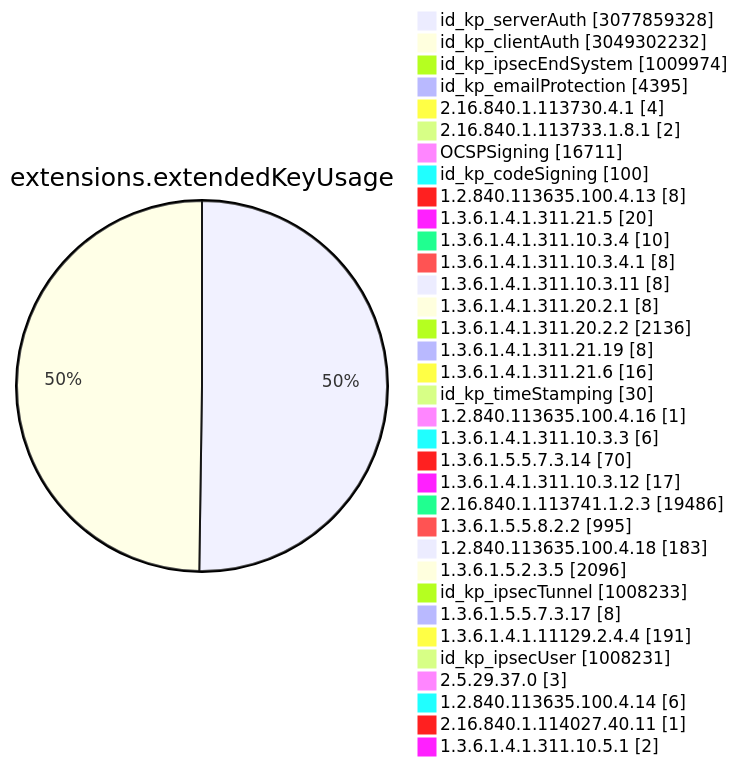
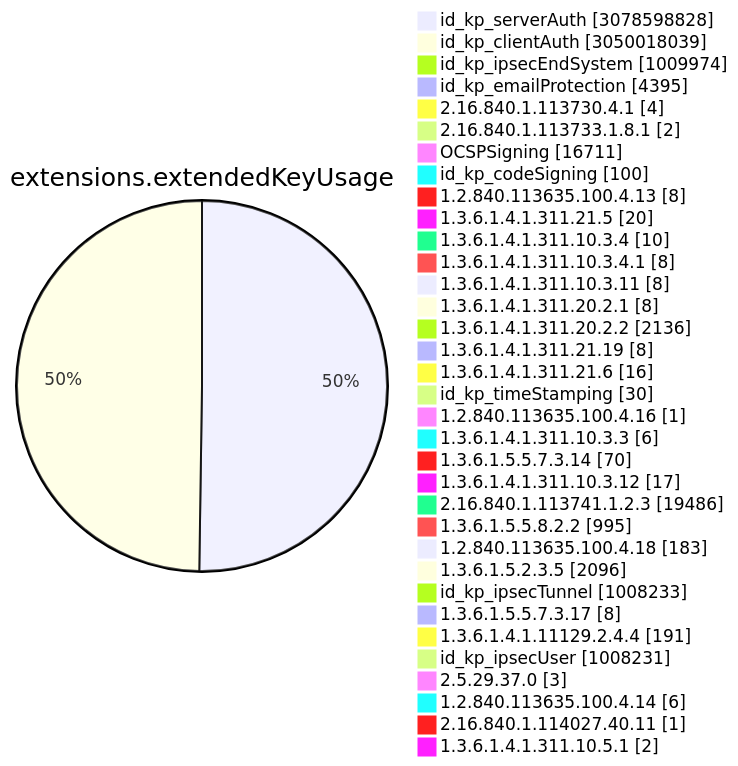
One commit to christiankrug/ctmonitor_visualization changed diagram 11 of 15 in TOTAL/README.md. Above: the diagram before and after it, drawn with Mermaid. The commit also changed other lines of this file, not shown here.

````diff
--- a/TOTAL/README.md
+++ b/TOTAL/README.md
@@ -4119,38 +4119,38 @@
 ```mermaid
 pie showData
 title extensions.extendedKeyUsage
-"id_kp_serverAuth" :3077859328
-"id_kp_clientAuth" :3049302232
+"id_kp_serverAuth" :3078598828
+"id_kp_clientAuth" :3050018039
 "id_kp_ipsecEndSystem" :1009974
 "id_kp_emailProtection" :4395
 "2.16.840.1.113730.4.1" :4
 "2.16.840.1.113733.1.8.1" :2
 "OCSPSigning" :16711
 "id_kp_codeSigning" :100
 "1.2.840.113635.100.4.13" :8
 "1.3.6.1.4.1.311.21.5" :20
 "1.3.6.1.4.1.311.10.3.4" :10
 "1.3.6.1.4.1.311.10.3.4.1" :8
 "1.3.6.1.4.1.311.10.3.11" :8
 "1.3.6.1.4.1.311.20.2.1" :8
 "1.3.6.1.4.1.311.20.2.2" :2136
 "1.3.6.1.4.1.311.21.19" :8
 "1.3.6.1.4.1.311.21.6" :16
 "id_kp_timeStamping" :30
 "1.2.840.113635.100.4.16" :1
 "1.3.6.1.4.1.311.10.3.3" :6
 "1.3.6.1.5.5.7.3.14" :70
 "1.3.6.1.4.1.311.10.3.12" :17
 "2.16.840.1.113741.1.2.3" :19486
 "1.3.6.1.5.5.8.2.2" :995
 "1.2.840.113635.100.4.18" :183
 "1.3.6.1.5.2.3.5" :2096
 "id_kp_ipsecTunnel" :1008233
 "1.3.6.1.5.5.7.3.17" :8
 "1.3.6.1.4.1.11129.2.4.4" :191
 "id_kp_ipsecUser" :1008231
 "2.5.29.37.0" :3
 "1.2.840.113635.100.4.14" :6
 "2.16.840.1.114027.40.11" :1
 "1.3.6.1.4.1.311.10.5.1" :2
 ```
````
